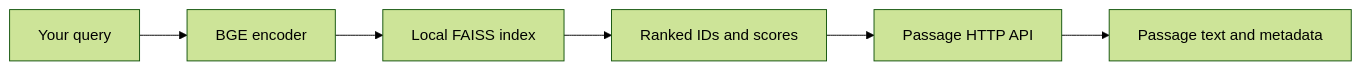
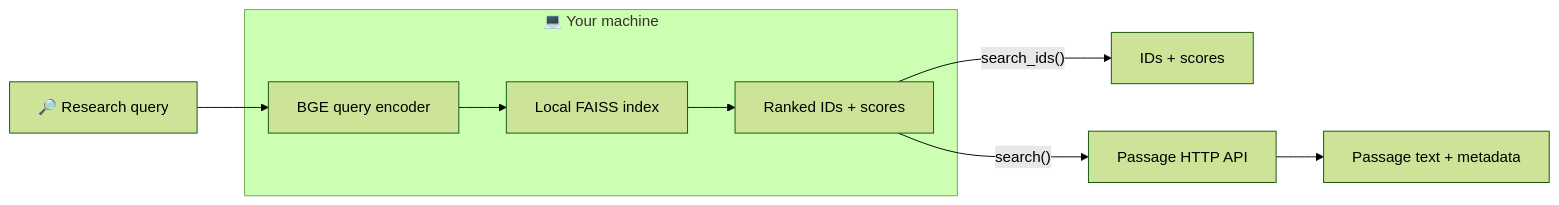
The diagram in README.md (my-unknown-account/LLMPreSS), drawn with Mermaid (forest theme) before and after one commit. The commit also changed other lines of this file and 6 other files, not shown here.

````diff
--- a/README.md
+++ b/README.md
@@ -73,8 +120,11 @@
 ```mermaid
 flowchart LR
-    A[Your query] --> B[BGE encoder]
-    B --> C[Local FAISS index]
-    C --> D[Ranked IDs and scores]
-    D --> E[Passage HTTP API]
-    E --> F[Passage text and metadata]
+    Q["🔎 Research query"] --> E
+    subgraph LOCAL["💻 Your machine"]
+        E["BGE query encoder"] --> I["Local FAISS index"]
+        I --> R["Ranked IDs + scores"]
+    end
+    R -->|"search_ids()"| L["IDs + scores"]
+    R -->|"search()"| A["Passage HTTP API"]
+    A --> T["Passage text + metadata"]
 ```
````
